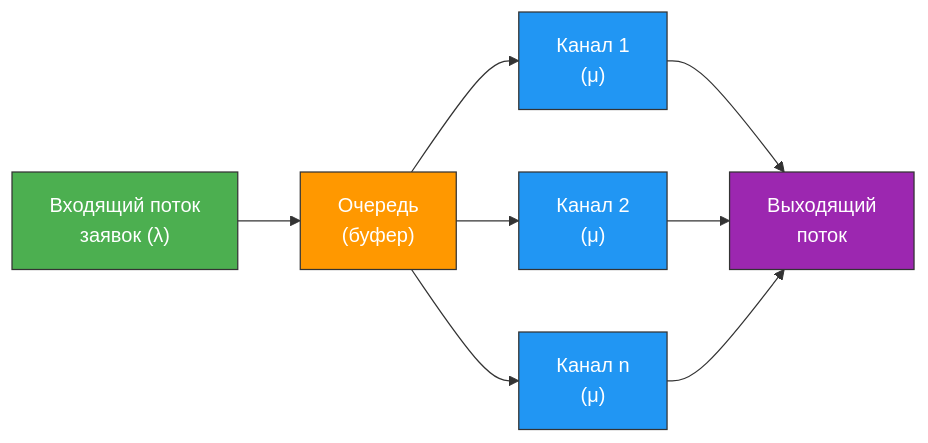
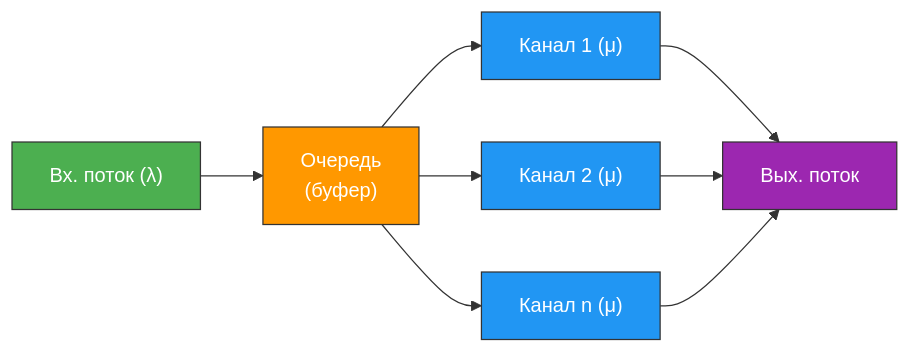
One commit to stareeg/simulation-modeling-notes changed the first of 5 diagrams in docs/05-queueing-basics.md. Above: the diagram before and after it, drawn with Mermaid. The commit also changed other lines of this file and 14 other files, not shown here.

````diff
--- a/docs/05-queueing-basics.md
+++ b/docs/05-queueing-basics.md
@@ -35,17 +37,17 @@
 ```mermaid
 graph LR
-    A["Входящий поток<br/>заявок (λ)"] --> B["Очередь<br/>(буфер)"]
-    B --> C1["Канал 1<br/>(μ)"]
-    B --> C2["Канал 2<br/>(μ)"]
-    B --> C3["Канал n<br/>(μ)"]
-    C1 --> D["Выходящий<br/>поток"]
+    A["Вх. поток (λ)"] --> B["Очередь<br/>(буфер)"]
+    B --> C1["Канал 1 (μ)"]
+    B --> C2["Канал 2 (μ)"]
+    B --> C3["Канал n (μ)"]
+    C1 --> D["Вых. поток"]
     C2 --> D
     C3 --> D
 
     style A fill:#4CAF50,stroke:#333,color:#fff
     style B fill:#FF9800,stroke:#333,color:#fff
     style C1 fill:#2196F3,stroke:#333,color:#fff
     style C2 fill:#2196F3,stroke:#333,color:#fff
     style C3 fill:#2196F3,stroke:#333,color:#fff
     style D fill:#9C27B0,stroke:#333,color:#fff
 ```
````
